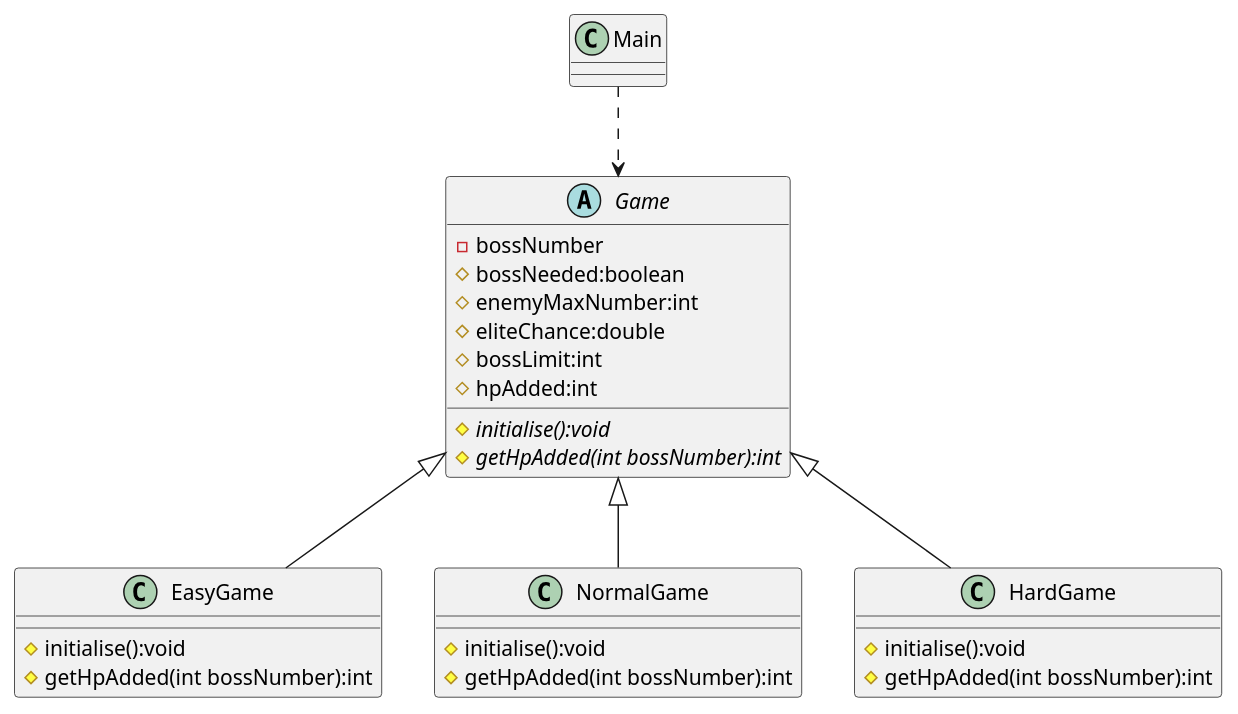
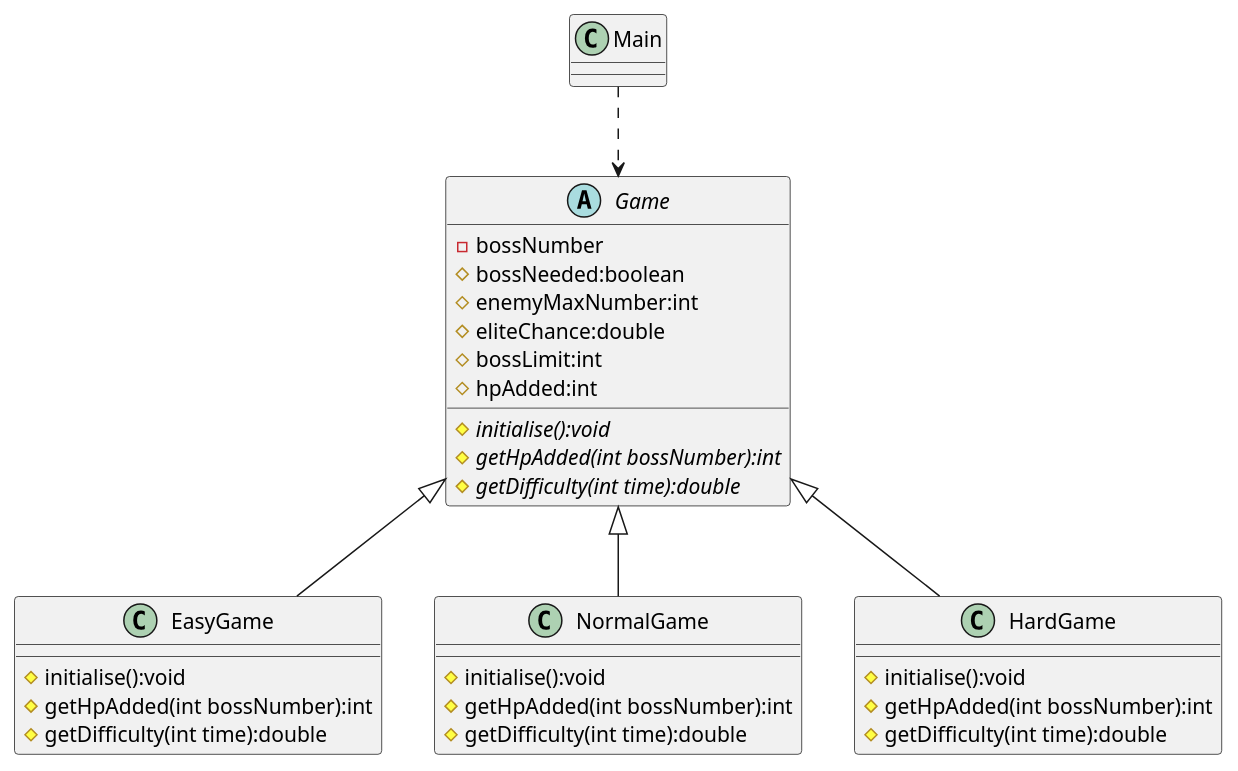
One commit to ruihuixu/AircraftWar-base changed the diagram in uml/Templet.puml. Above: the diagram before and after it, drawn with PlantUML. The commit also changed 13 other files, not shown here.

```diff
--- a/uml/Templet.puml
+++ b/uml/Templet.puml
@@ -1,37 +1,41 @@
 @startuml
 'https://plantuml.com/class-diagram
 
 class Main
 
 abstract class Game{
    - bossNumber
    # bossNeeded:boolean
    # enemyMaxNumber:int
    # eliteChance:double
    # bossLimit:int
    # hpAdded:int
    # {abstract} initialise():void
    # {abstract} getHpAdded(int bossNumber):int
+   # {abstract} getDifficulty(int time):double
 }
 
 Game <|-- EasyGame
 Game <|-- NormalGame
 Game <|-- HardGame
 Main ..> Game
 
 class EasyGame{
     # initialise():void
     # getHpAdded(int bossNumber):int
+    # getDifficulty(int time):double
 }
 
 class NormalGame{
     # initialise():void
     # getHpAdded(int bossNumber):int
+    # getDifficulty(int time):double
 }
 
 class HardGame{
     # initialise():void
     # getHpAdded(int bossNumber):int
+    # getDifficulty(int time):double
 }
 
 @enduml
```
